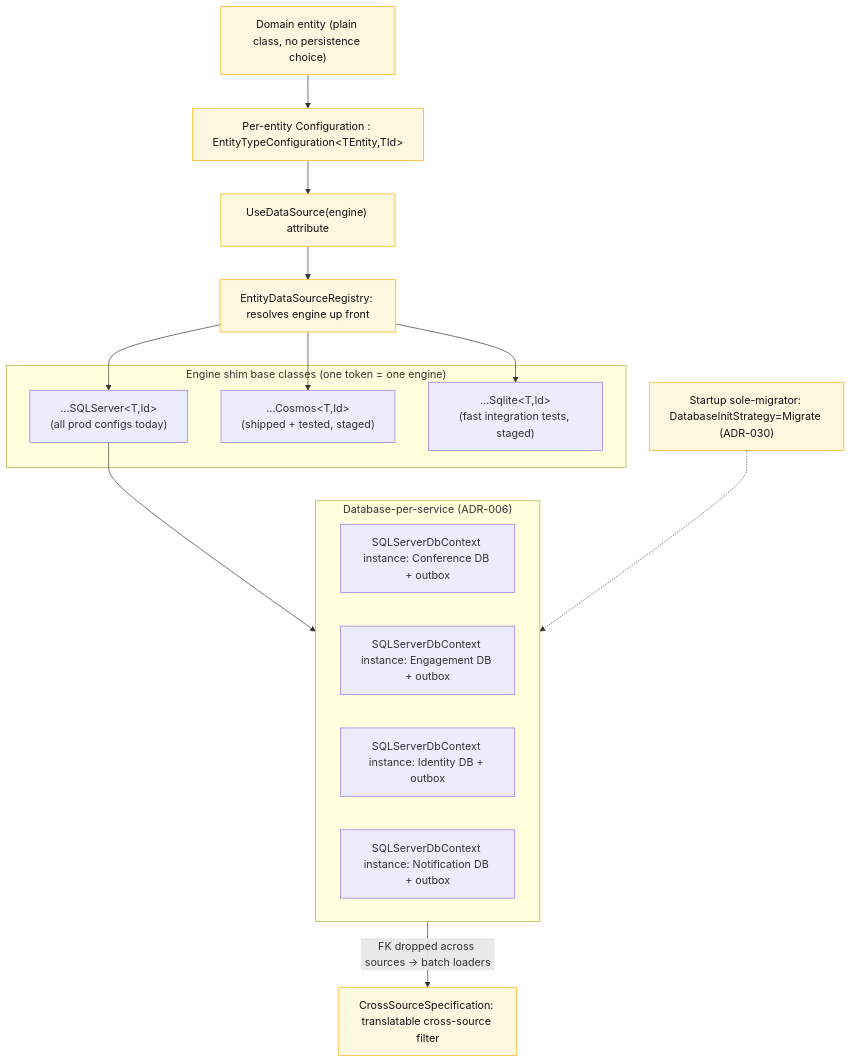
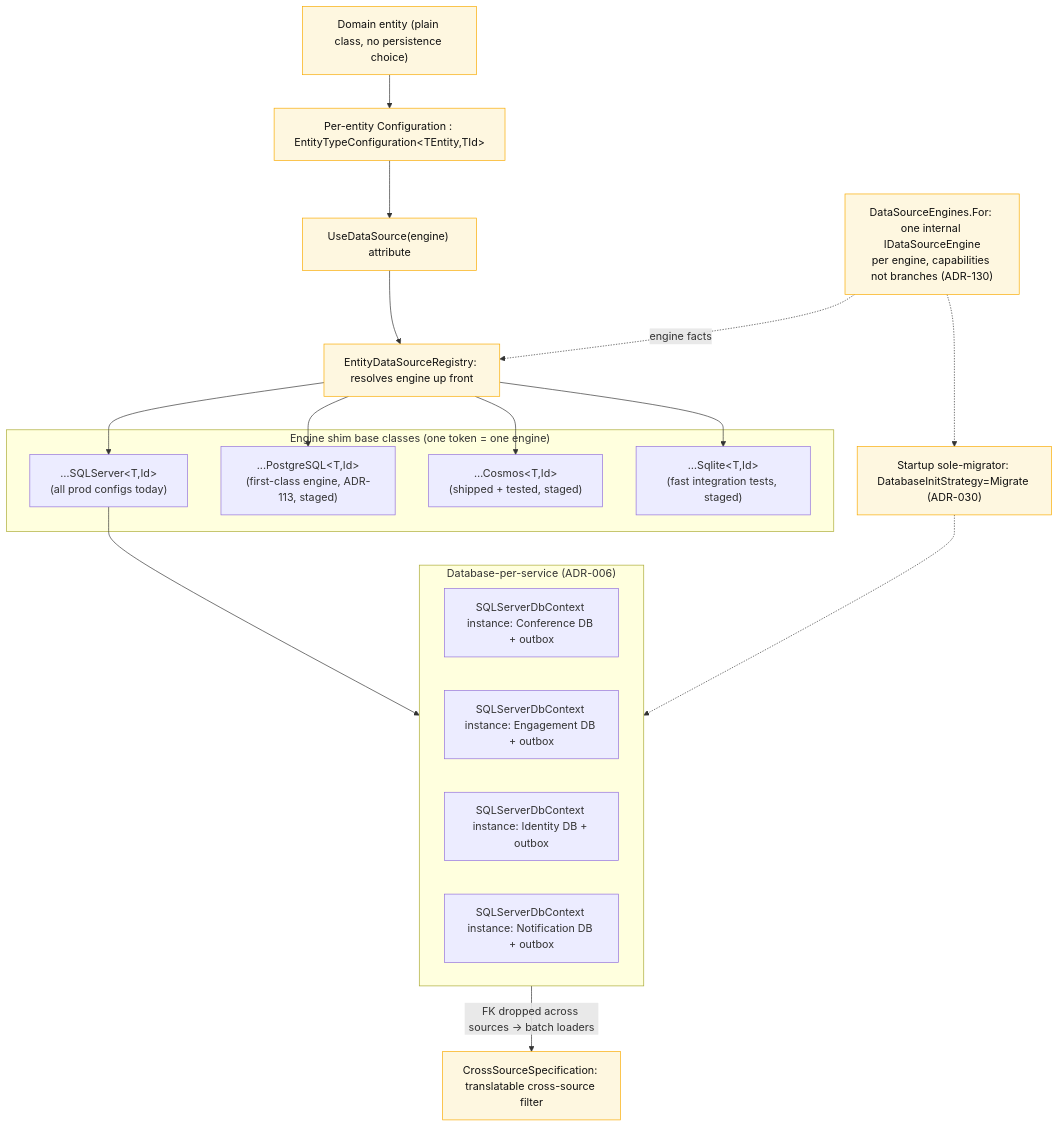
Before and after one commit to ivanball/ivanball.github.io: the eighth of 15 diagrams in docs-src/onboarding/CONCEPT-MAPS.md, drawn with Mermaid. The commit also changed other lines of this file and 81 other files, not shown here.

````diff
--- a/docs-src/onboarding/CONCEPT-MAPS.md
+++ b/docs-src/onboarding/CONCEPT-MAPS.md
@@ -481,32 +486,37 @@
 ```mermaid
 flowchart TD
     ENTITY["Domain entity (plain class, no persistence choice)"]
     CFG["Per-entity Configuration : EntityTypeConfiguration&lt;TEntity,TId&gt;"]
     ATTR["UseDataSource(engine) attribute"]
     REG["EntityDataSourceRegistry: resolves engine up front"]
 
     subgraph SHIMS["Engine shim base classes (one token = one engine)"]
         SQL["…SQLServer&lt;T,Id&gt;<br/>(all prod configs today)"]
+        PG["...PostgreSQL&lt;T,Id&gt;<br/>(first-class engine, ADR-113, staged)"]
         COS["…Cosmos&lt;T,Id&gt;<br/>(shipped + tested, staged)"]
         LITE["…Sqlite&lt;T,Id&gt;<br/>(fast integration tests, staged)"]
     end
+
+    ENG["DataSourceEngines.For: one internal IDataSourceEngine<br/>per engine, capabilities not branches (ADR-130)"]
 
     subgraph DBS["Database-per-service (ADR-006)"]
         CTX1["SQLServerDbContext instance: Conference DB + outbox"]
         CTX2["SQLServerDbContext instance: Engagement DB + outbox"]
         CTX3["SQLServerDbContext instance: Identity DB + outbox"]
         CTX4["SQLServerDbContext instance: Notification DB + outbox"]
     end
 
     XSPEC["CrossSourceSpecification: translatable cross-source filter"]
     MIG["Startup sole-migrator: DatabaseInitStrategy=Migrate (ADR-030)"]
 
     ENTITY --> CFG --> ATTR --> REG
-    REG --> SQL & COS & LITE
+    REG --> SQL & PG & COS & LITE
     SQL --> DBS
     DBS -->|"FK dropped across sources → batch loaders"| XSPEC
     MIG -.-> DBS
+    ENG -.->|"engine facts"| REG
+    ENG -.-> MIG
 
     classDef p fill:#fef7e0,stroke:#f9ab00,color:#111
-    class ENTITY,CFG,ATTR,REG,XSPEC,MIG p
+    class ENTITY,CFG,ATTR,REG,XSPEC,MIG,ENG p
 ```
````
